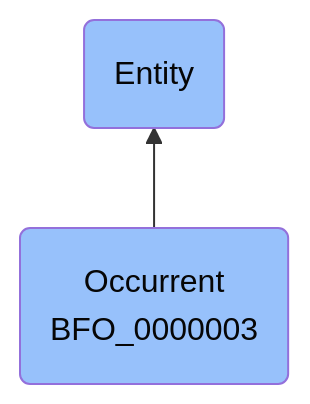
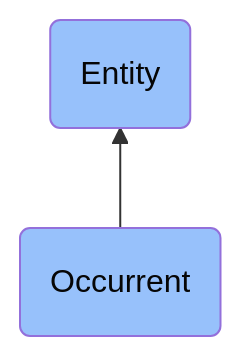
The diagram in docs/ontology/reference/model/Entity/Occurrent/Occurrent.md (jupyter-naas/abi), drawn with Mermaid before and after one commit. The commit also changed other lines of this file and 1430 other files, not shown here.

````diff
--- a/docs/ontology/reference/model/Entity/Occurrent/Occurrent.md
+++ b/docs/ontology/reference/model/Entity/Occurrent/Occurrent.md
@@ -24,9 +24,9 @@
 ```mermaid
 graph BT
-    BFO_0000003(Occurrent<br>BFO_0000003):::BFO-->BFO_0000001
+    BFO_0000003(Occurrent):::BFO-->BFO_0000001
     BFO_0000001(Entity):::BFO
     
     classDef BFO fill:#97c1fb,color:#060606
     classDef CCO fill:#e4c51e,color:#060606
     classDef ABI fill:#48DD82,color:#060606
 ```
````
